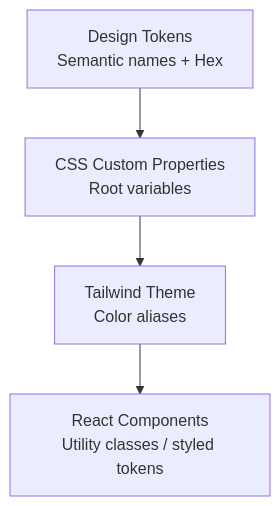
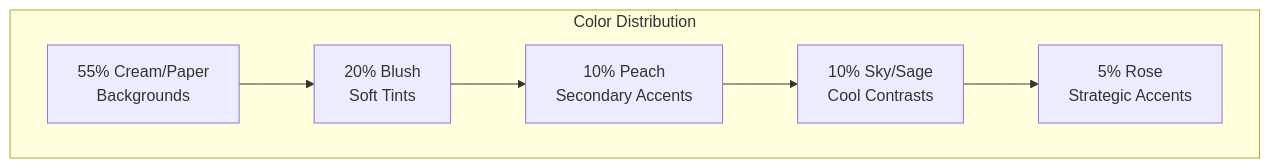
Before and after one commit to quangkiet1/anh-xin-loi: the first of 2 diagrams in .qoder/repowiki/en/content/Design System Reference/Color Palette & Tokens.md, drawn with Mermaid. The commit also changed other lines of this file and 13 other files, not shown here.

````diff
--- a/.qoder/repowiki/en/content/Design System Reference/Color Palette & Tokens.md
+++ b/.qoder/repowiki/en/content/Design System Reference/Color Palette & Tokens.md
@@ -65,6 +65,9 @@
 ```mermaid
-flowchart TD
-A["Design Tokens<br/>Semantic names + Hex"] --> B["CSS Custom Properties<br/>Root variables"]
-B --> C["Tailwind Theme<br/>Color aliases"]
-C --> D["React Components<br/>Utility classes / styled tokens"]
+graph TB
+subgraph "Color Distribution"
+Cream["55% Cream/Paper<br/>Backgrounds"] --> Blush["20% Blush<br/>Soft Tints"]
+Blush --> Peach["10% Peach<br/>Secondary Accents"]
+Peach --> SkySage["10% Sky/Sage<br/>Cool Contrasts"]
+SkySage --> Rose["5% Rose<br/>Strategic Accents"]
+end
 ```
````
